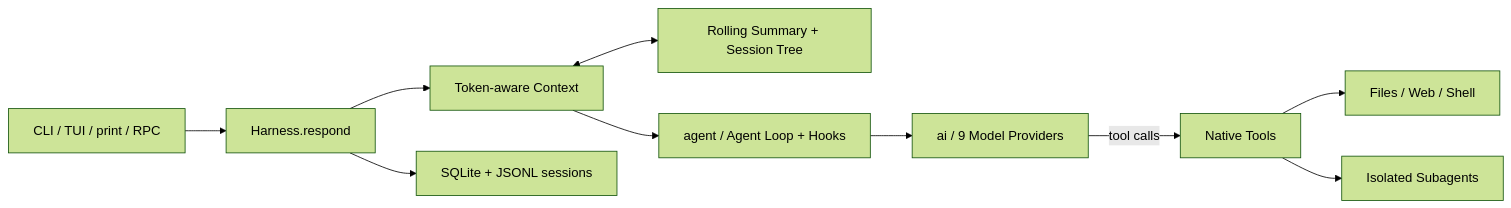
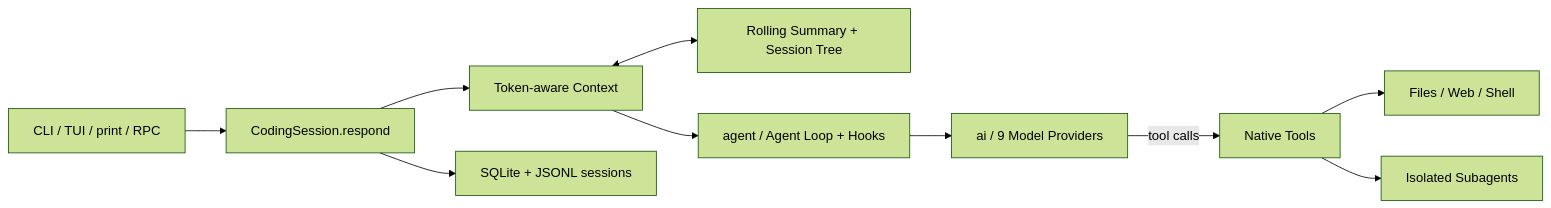
One commit to leishimin15-cloud/lsm-harness changed the diagram in README.md. Above: the diagram before and after it, drawn with Mermaid (forest theme). The commit also changed other lines of this file and 104 other files, not shown here.

Commit message:
WIP: coding_agent 会话树/压缩增强、TUI 组件扩展、eval 框架与模型运行时重构

````diff
--- a/README.md
+++ b/README.md
@@ -17,12 +18,12 @@
 ```mermaid
 flowchart LR
-  G["CLI / TUI / print / RPC"] --> H["Harness.respond"]
+  G["CLI / TUI / print / RPC"] --> H["CodingSession.respond"]
   H --> C["Token-aware Context"]
   C <--> S["Rolling Summary + Session Tree"]
   C --> L["agent / Agent Loop + Hooks"]
   L --> P["ai / 9 Model Providers"]
   P -->|tool calls| T["Native Tools"]
   T --> R["Files / Web / Shell"]
   T --> A["Isolated Subagents"]
   H --> D["SQLite + JSONL sessions"]
 ```
````
